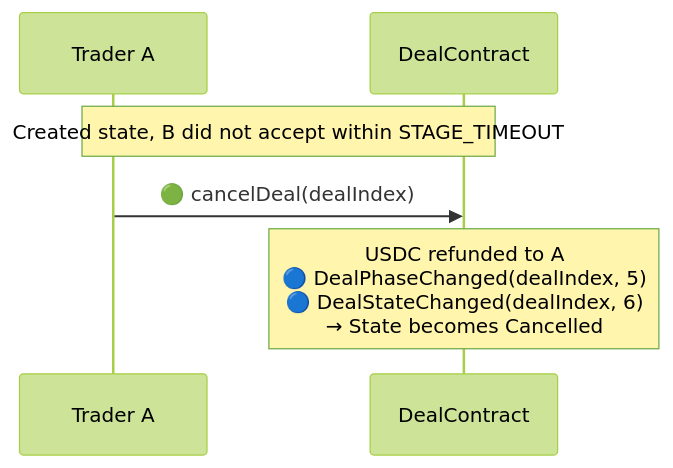
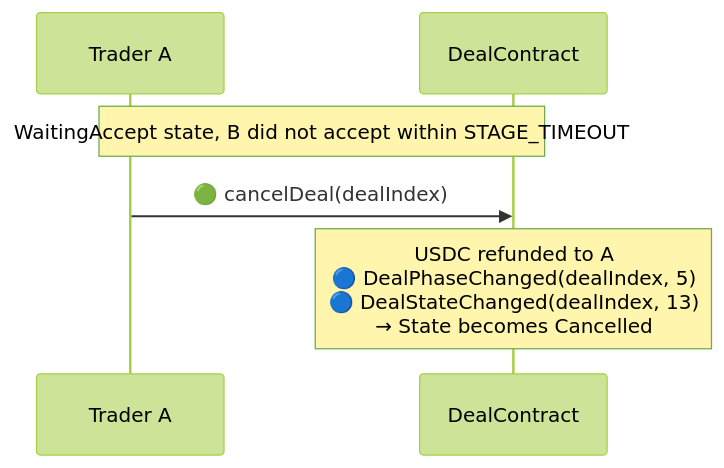
The third of 9 diagrams in examples/x-quote/x-quote-design.md (synctxai/synctx), drawn with Mermaid (forest theme) before and after one commit. The commit also changed other lines of this file and 4 other files, not shown here.

````diff
--- a/examples/x-quote/x-quote-design.md
+++ b/examples/x-quote/x-quote-design.md
@@ -316,9 +347,9 @@
 ```mermaid
 sequenceDiagram
     participant A as Trader A
     participant D as DealContract
 
-    Note over A,D: Created state, B did not accept within STAGE_TIMEOUT
+    Note over A,D: WaitingAccept state, B did not accept within STAGE_TIMEOUT
     A->>D: 🟢 cancelDeal(dealIndex)
-    Note over D: USDC refunded to A<br/>🔵 DealPhaseChanged(dealIndex, 5)<br/>🔵 DealStateChanged(dealIndex, 6)<br/>→ State becomes Cancelled
+    Note over D: USDC refunded to A<br/>🔵 DealPhaseChanged(dealIndex, 5)<br/>🔵 DealStateChanged(dealIndex, 13)<br/>→ State becomes Cancelled
 ```
````
